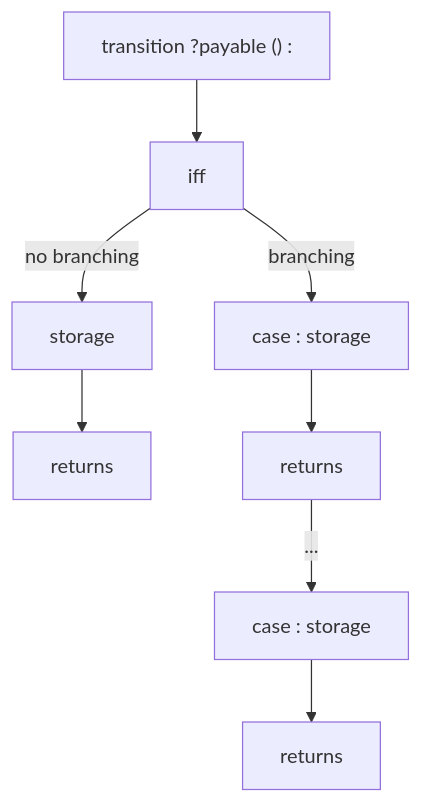
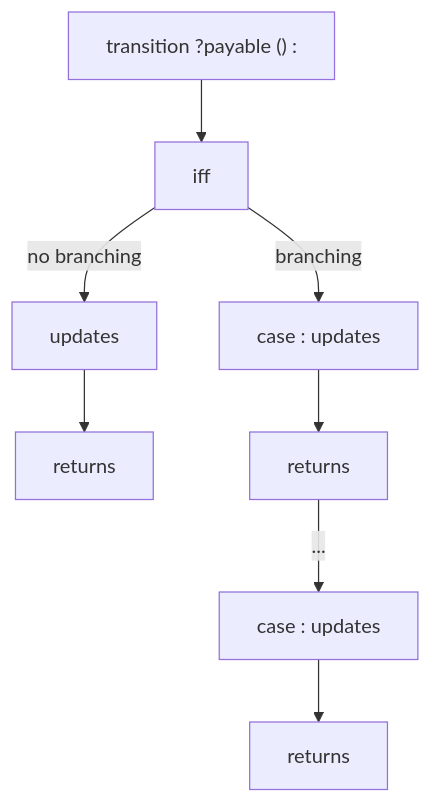
One commit to argotorg/act changed the first of 2 diagrams in doc/src/transitions.md. Above: the diagram before and after it, drawn with Mermaid. The commit also changed other lines of this file and 18 other files, not shown here.

````diff
--- a/doc/src/transitions.md
+++ b/doc/src/transitions.md
@@ -11,10 +11,10 @@
 ```mermaid
 graph TD
     A["transition <name> ?payable (<parameters>) : <return_type> "] --> B["iff <condition>"]
-    B -->|no branching| C["storage <updates>"]
+    B -->|no branching| C["updates <storage>"]
     C --> G["returns <value>"]
-    B -->|branching| D["case <condition> : storage <updates>"]
+    B -->|branching| D["case <condition> : updates <storage>"]
     D --> H["returns <value>"]
-    H -->|...| E["case <condition> : storage <updates>"]
+    H -->|...| E["case <condition> : updates <storage>"]
     E --> F["returns <value>"]
 ```
````
